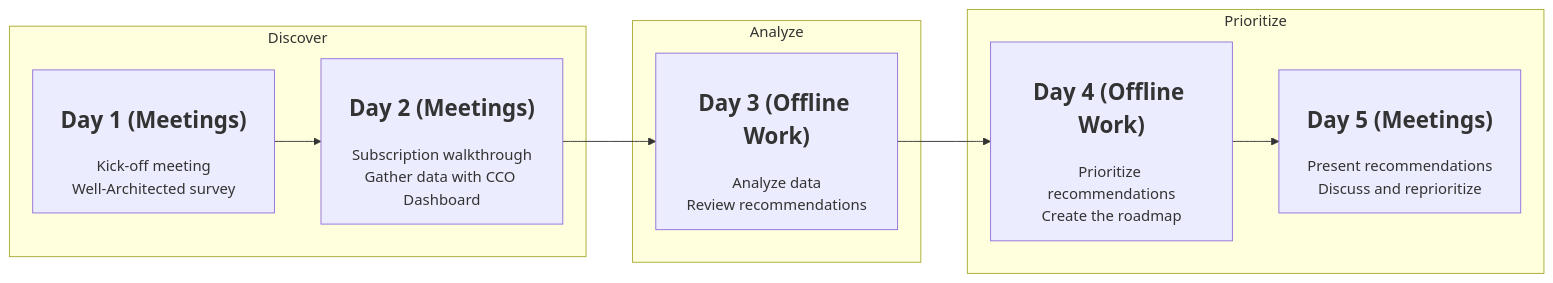
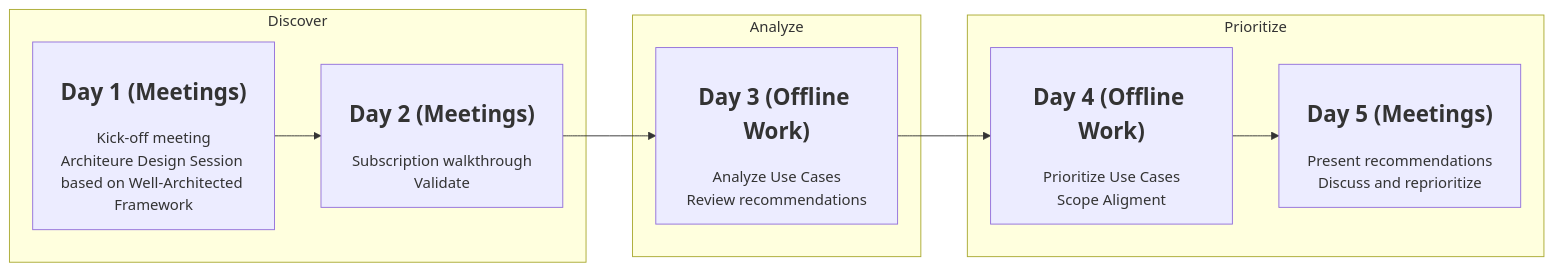
One commit to oaviles/devsquad_partner-led changed the second of 2 diagrams in README.md. Above: the diagram before and after it, drawn with Mermaid.

````diff
--- a/README.md
+++ b/README.md
@@ -65,17 +65,17 @@
 ```mermaid
 flowchart LR
 %%{init: {'flowchart':{'useMaxWidth': true}}}%%
 subgraph Discover
-A["<h2>Day 1 (Meetings)</h2>Kick-off meeting<br>Well-Architected survey"] 
-B["<h2>Day 2 (Meetings)</h2>Subscription walkthrough<br>Gather data with CCO Dashboard"]
+A["<h2>Day 1 (Meetings)</h2>Kick-off meeting<br>Architeure Design Session based on Well-Architected Framework"] 
+B["<h2>Day 2 (Meetings)</h2>Subscription walkthrough<br>Validate"]
 end
 subgraph Analyze
-C["<h2>Day 3 (Offline Work)</h2>Analyze data<br>Review recommendations"]
+C["<h2>Day 3 (Offline Work)</h2>Analyze Use Cases<br>Review recommendations"]
 end
 subgraph Prioritize
-D["<h2>Day 4 (Offline Work)</h2>Prioritize recommendations<br>Create the roadmap"]
+D["<h2>Day 4 (Offline Work)</h2>Prioritize Use Cases<br>Scope Aligment"]
 E["<h2>Day 5 (Meetings)</h2>Present recommendations<br>Discuss and reprioritize"]
 end
 
 A-->B-->C-->D-->E
 ```
````
